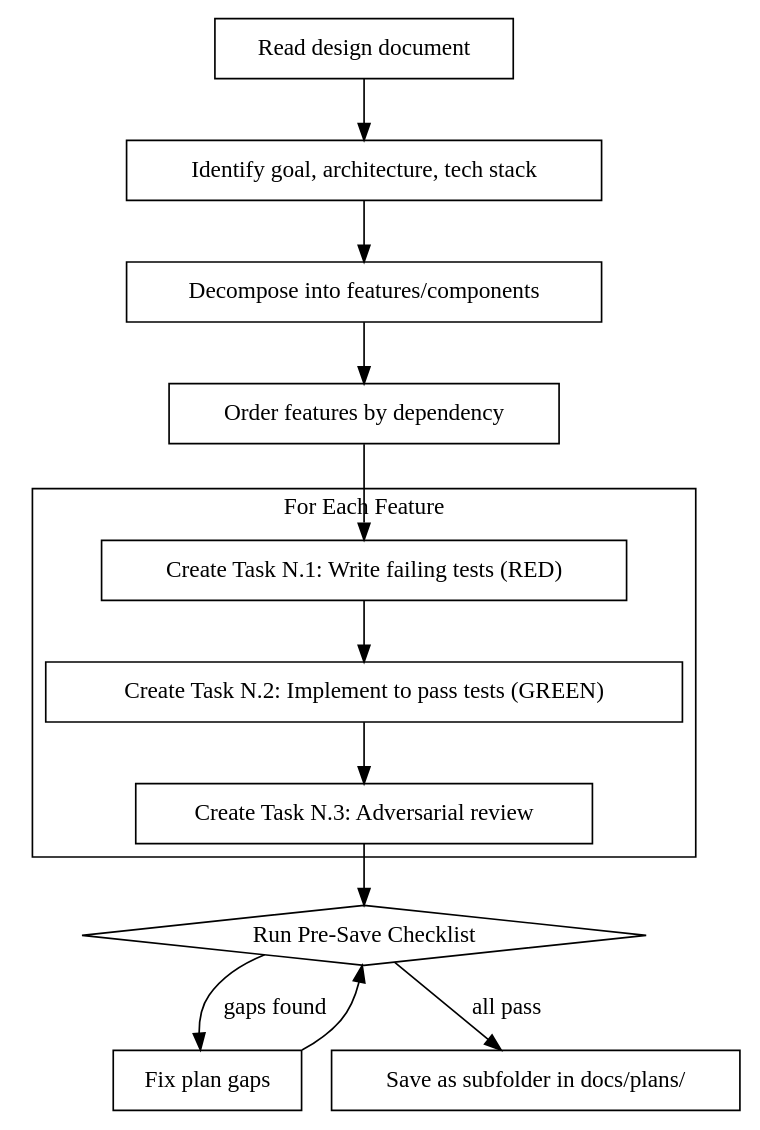
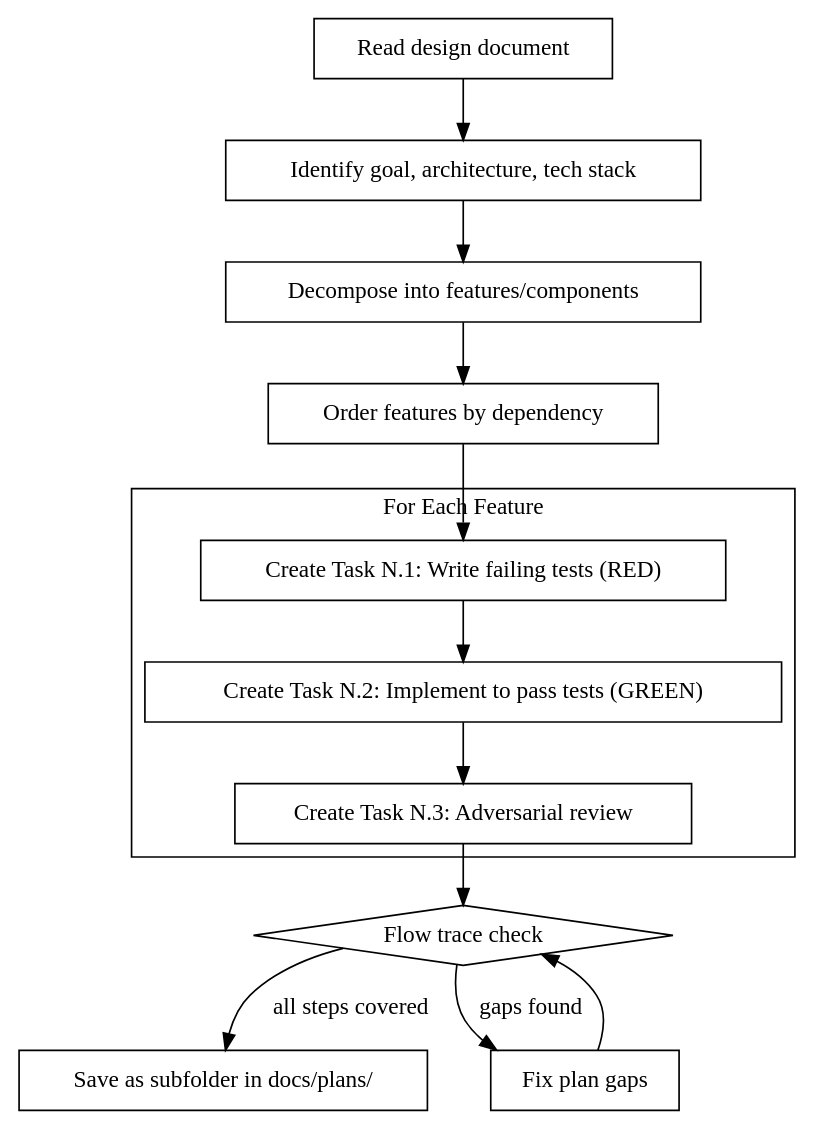
One commit to Dethon/ai-dev-flow changed the second of 2 diagrams in skills/writing-tdd-plans/SKILL.md. Above: the diagram before and after it, drawn with Graphviz. The commit also changed other lines of this file, not shown here.

Commit message:
Refactor process flow in TDD plan to replace pre-save checklist with flow trace check, enhancing clarity on task dependencies and plan completeness

````diff
--- a/skills/writing-tdd-plans/SKILL.md
+++ b/skills/writing-tdd-plans/SKILL.md
@@ -33,32 +33,32 @@
 ```dot
 digraph process {
     rankdir=TB;
 
     "Read design document" [shape=box];
     "Identify goal, architecture, tech stack" [shape=box];
     "Decompose into features/components" [shape=box];
     "Order features by dependency" [shape=box];
 
     subgraph cluster_per_feature {
         label="For Each Feature";
         "Create Task N.1: Write failing tests (RED)" [shape=box];
         "Create Task N.2: Implement to pass tests (GREEN)" [shape=box];
         "Create Task N.3: Adversarial review" [shape=box];
     }
 
-    "Run Pre-Save Checklist" [shape=diamond];
-    "Fix plan gaps" [shape=box];
     "Save as subfolder in docs/plans/" [shape=box];
 
     "Read design document" -> "Identify goal, architecture, tech stack";
     "Identify goal, architecture, tech stack" -> "Decompose into features/components";
     "Decompose into features/components" -> "Order features by dependency";
     "Order features by dependency" -> "Create Task N.1: Write failing tests (RED)";
     "Create Task N.1: Write failing tests (RED)" -> "Create Task N.2: Implement to pass tests (GREEN)";
     "Create Task N.2: Implement to pass tests (GREEN)" -> "Create Task N.3: Adversarial review";
-    "Create Task N.3: Adversarial review" -> "Run Pre-Save Checklist";
-    "Run Pre-Save Checklist" -> "Save as subfolder in docs/plans/" [label="all pass"];
-    "Run Pre-Save Checklist" -> "Fix plan gaps" [label="gaps found"];
-    "Fix plan gaps" -> "Run Pre-Save Checklist";
+    "Create Task N.3: Adversarial review" -> "Flow trace check";
+    "Flow trace check" [shape=diamond];
+    "Fix plan gaps" [shape=box];
+    "Flow trace check" -> "Save as subfolder in docs/plans/" [label="all steps covered"];
+    "Flow trace check" -> "Fix plan gaps" [label="gaps found"];
+    "Fix plan gaps" -> "Flow trace check";
 }
 ```
````
